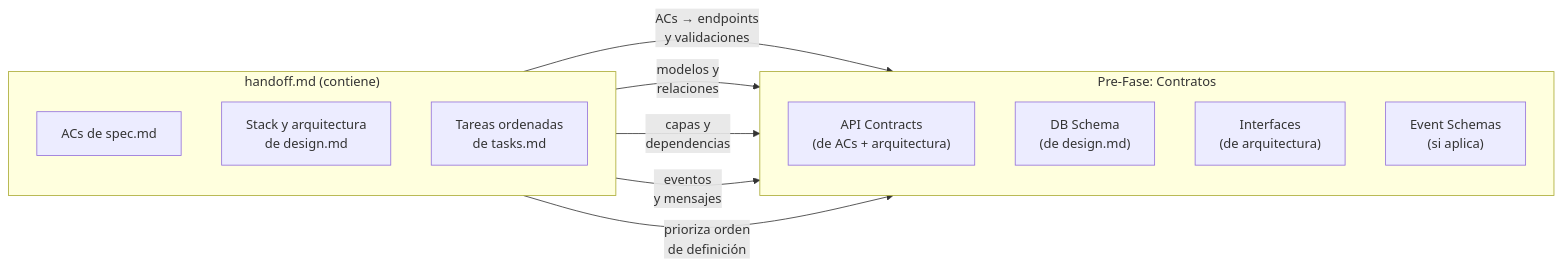
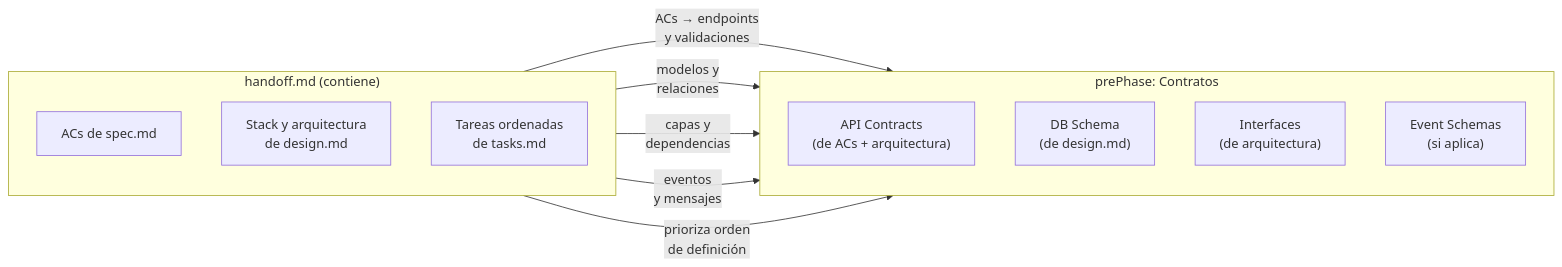
Before and after one commit to virgenherrera/idea-to-mvp: the fourth of 6 diagrams in docs/execution/README.md, drawn with Mermaid. The commit also changed other lines of this file and 30 other files, not shown here.

````diff
--- a/docs/execution/README.md
+++ b/docs/execution/README.md
@@ -144,23 +160,23 @@
 ```mermaid
 flowchart LR
     subgraph HANDOFF_CONTENT["handoff.md (contiene)"]
         direction TB
         H_SPEC["ACs de spec.md"]
         H_DESIGN["Stack y arquitectura\nde design.md"]
         H_TASKS["Tareas ordenadas\nde tasks.md"]
     end
 
-    subgraph PREFASE["Pre-Fase: Contratos"]
+    subgraph PREFASE["prePhase: Contratos"]
         direction TB
         P_API["API Contracts\n(de ACs + arquitectura)"]
         P_DB["DB Schema\n(de design.md)"]
         P_INT["Interfaces\n(de arquitectura)"]
         P_EVENTS["Event Schemas\n(si aplica)"]
     end
 
     H_SPEC -->|"ACs → endpoints\ny validaciones"| P_API
     H_DESIGN -->|"modelos y\nrelaciones"| P_DB
     H_DESIGN -->|"capas y\ndependencias"| P_INT
     H_DESIGN -->|"eventos\ny mensajes"| P_EVENTS
     H_TASKS -->|"prioriza orden\nde definición"| P_API
 ```
````
